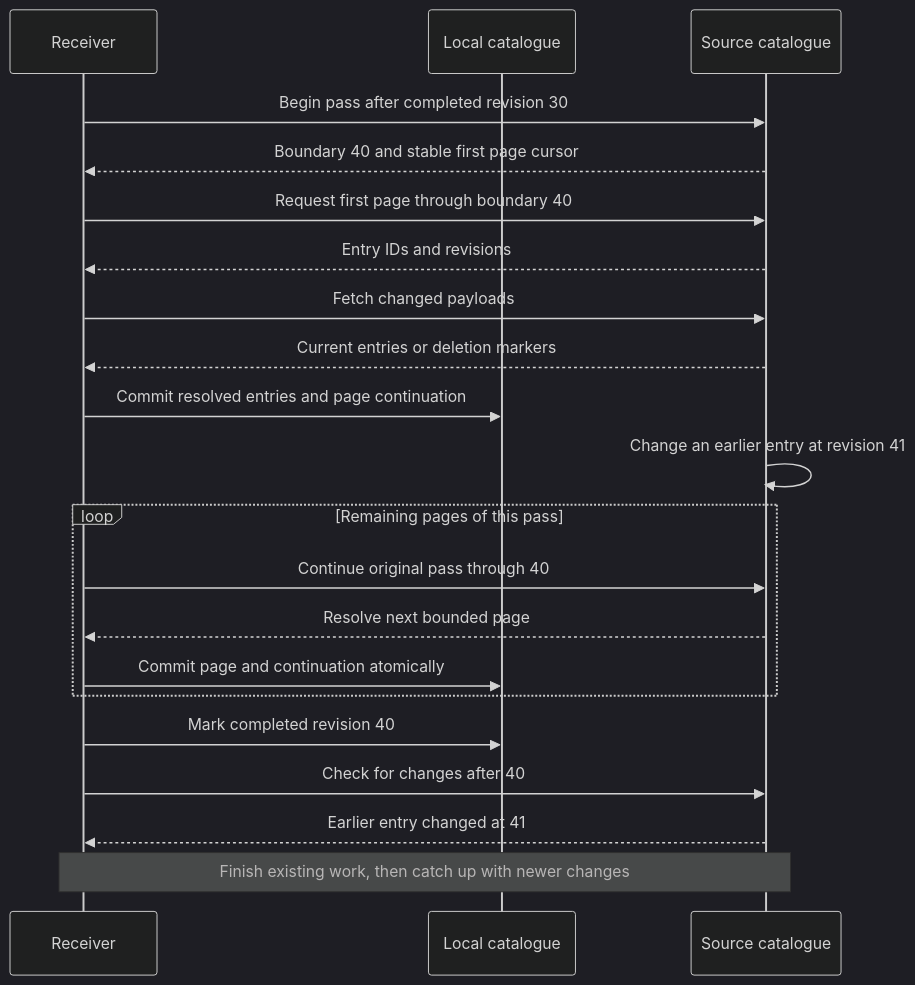
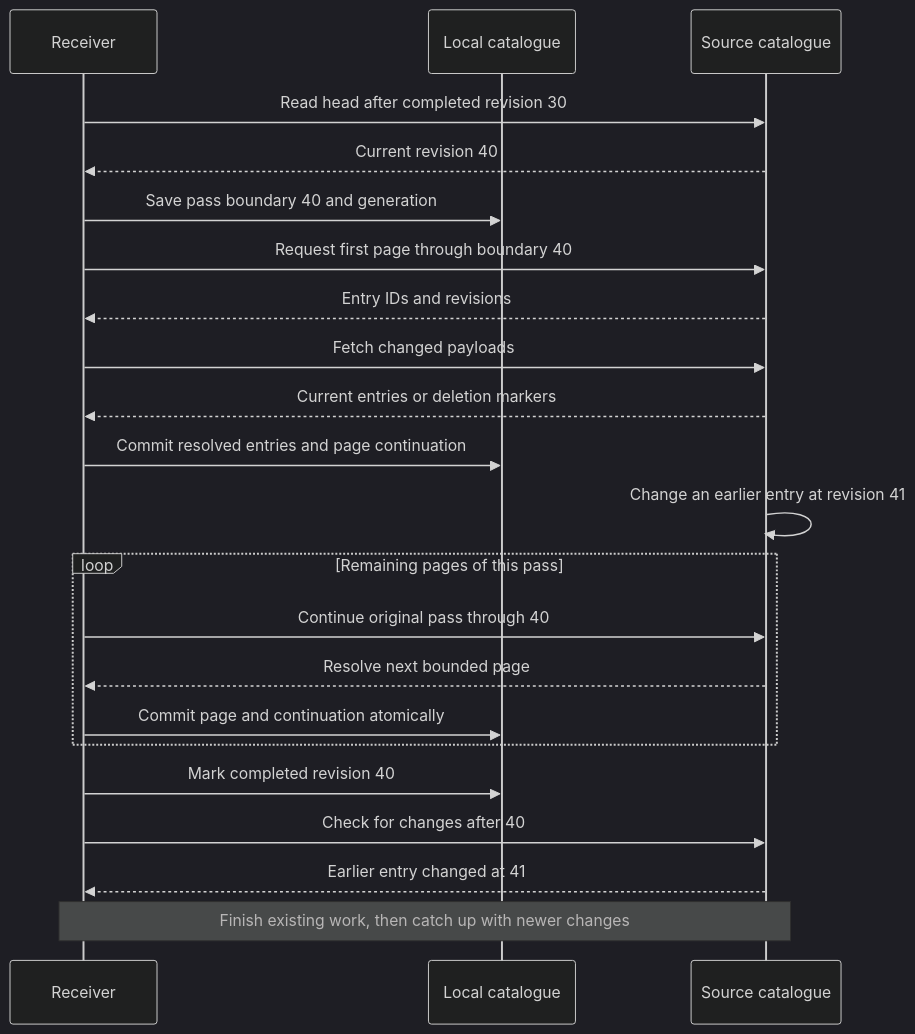
The seventh of 7 diagrams in docs/design/core-walkthrough.md (nessalabs/sync-engine), drawn with Mermaid (dark theme) before and after one commit. The commit also changed other lines of this file and 8 other files, not shown here.

Commit message:
docs: align sync engine status and roadmap with code (#22)

````diff
--- a/docs/design/core-walkthrough.md
+++ b/docs/design/core-walkthrough.md
@@ -229,23 +230,24 @@
 ```mermaid
 sequenceDiagram
     participant C as Receiver
     participant L as Local catalogue
     participant S as Source catalogue
-    C->>S: Begin pass after completed revision 30
-    S-->>C: Boundary 40 and stable first page cursor
+    C->>S: Read head after completed revision 30
+    S-->>C: Current revision 40
+    C->>L: Save pass boundary 40 and generation
     C->>S: Request first page through boundary 40
     S-->>C: Entry IDs and revisions
     C->>S: Fetch changed payloads
     S-->>C: Current entries or deletion markers
     C->>L: Commit resolved entries and page continuation
     S->>S: Change an earlier entry at revision 41
     loop Remaining pages of this pass
         C->>S: Continue original pass through 40
         S-->>C: Resolve next bounded page
         C->>L: Commit page and continuation atomically
     end
     C->>L: Mark completed revision 40
     C->>S: Check for changes after 40
     S-->>C: Earlier entry changed at 41
     Note over C,S: Finish existing work, then catch up with newer changes
 ```
````
